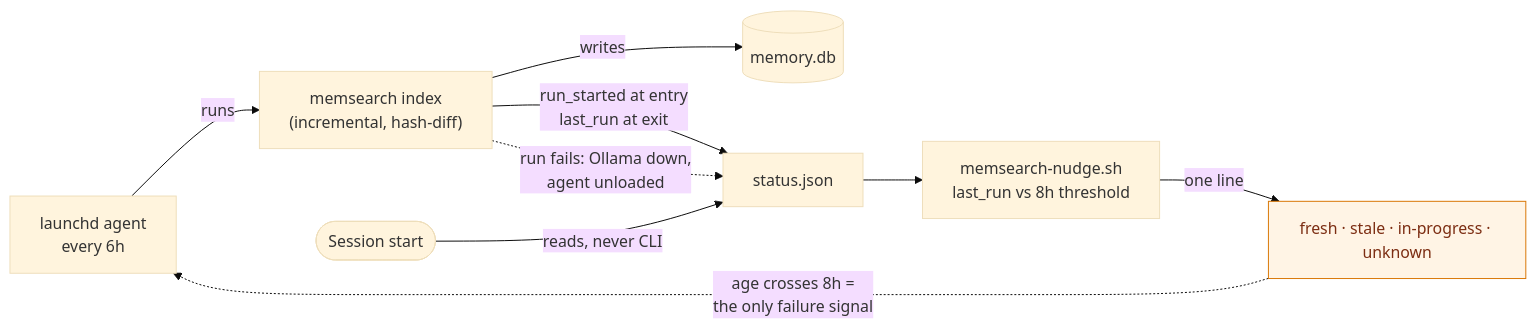
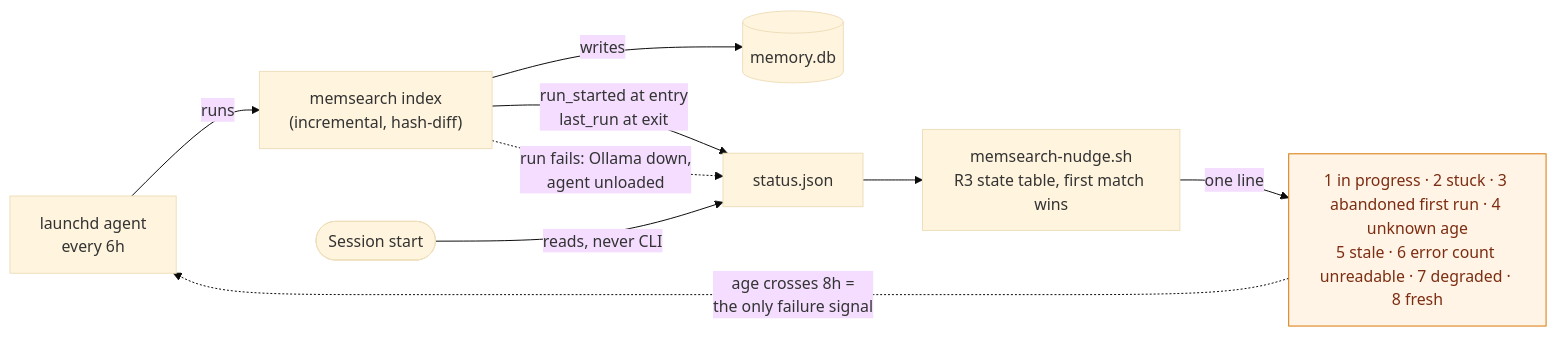
One commit to suyatdev/.claude changed the diagram in docs/features/memsearch-freshness.md. Above: the diagram before and after it, drawn with Mermaid (base theme). The commit also changed other lines of this file and 1 other file, not shown here.

First line of the commit message:
docs(features): loop-2 round 5 — one state table, every surface derived from it

````diff
--- a/docs/features/memsearch-freshness.md
+++ b/docs/features/memsearch-freshness.md
@@ -365,13 +450,13 @@
 ```mermaid
 flowchart LR
   LD["launchd agent<br/>every 6h"] -->|runs| IDX["memsearch index<br/>(incremental, hash-diff)"]
   IDX -->|writes| DB[("memory.db")]
   IDX -->|"run_started at entry<br/>last_run at exit"| SJ["status.json"]
   SS(["Session start"]) -->|reads, never CLI| SJ
-  SJ --> NG["memsearch-nudge.sh<br/>last_run vs 8h threshold"]
-  NG -->|one line| OUT["fresh · stale · in-progress · unknown"]
+  SJ --> NG["memsearch-nudge.sh<br/>R3 state table, first match wins"]
+  NG -->|one line| OUT["1 in progress · 2 stuck · 3 abandoned first run · 4 unknown age<br/>5 stale · 6 error count unreadable · 7 degraded · 8 fresh"]
   IDX -.->|run fails: Ollama down,<br/>agent unloaded| SJ
   OUT -.->|"age crosses 8h =<br/>the only failure signal"| LD
   classDef warn fill:#fff4e5,stroke:#d97706,color:#7c2d12;
   class OUT warn;
 ```
````
